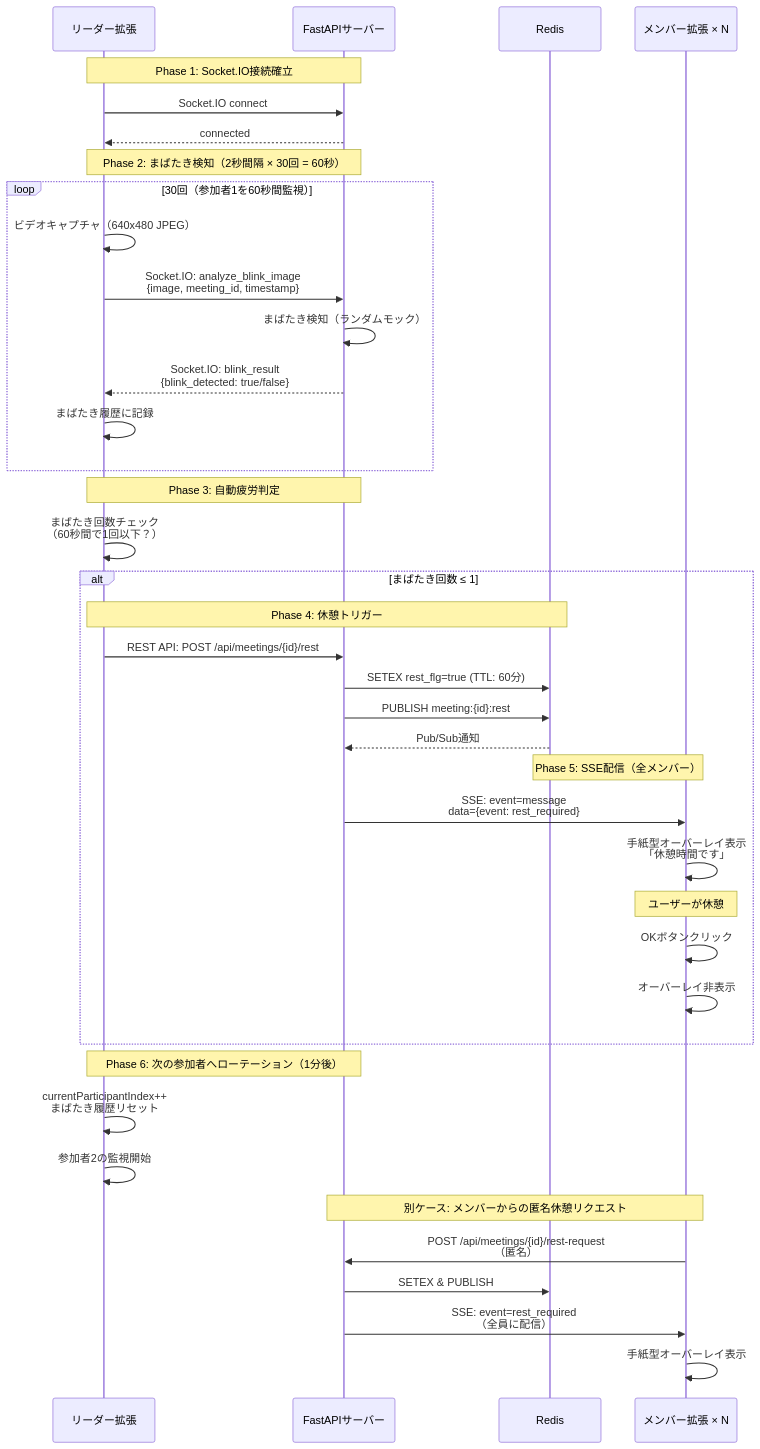
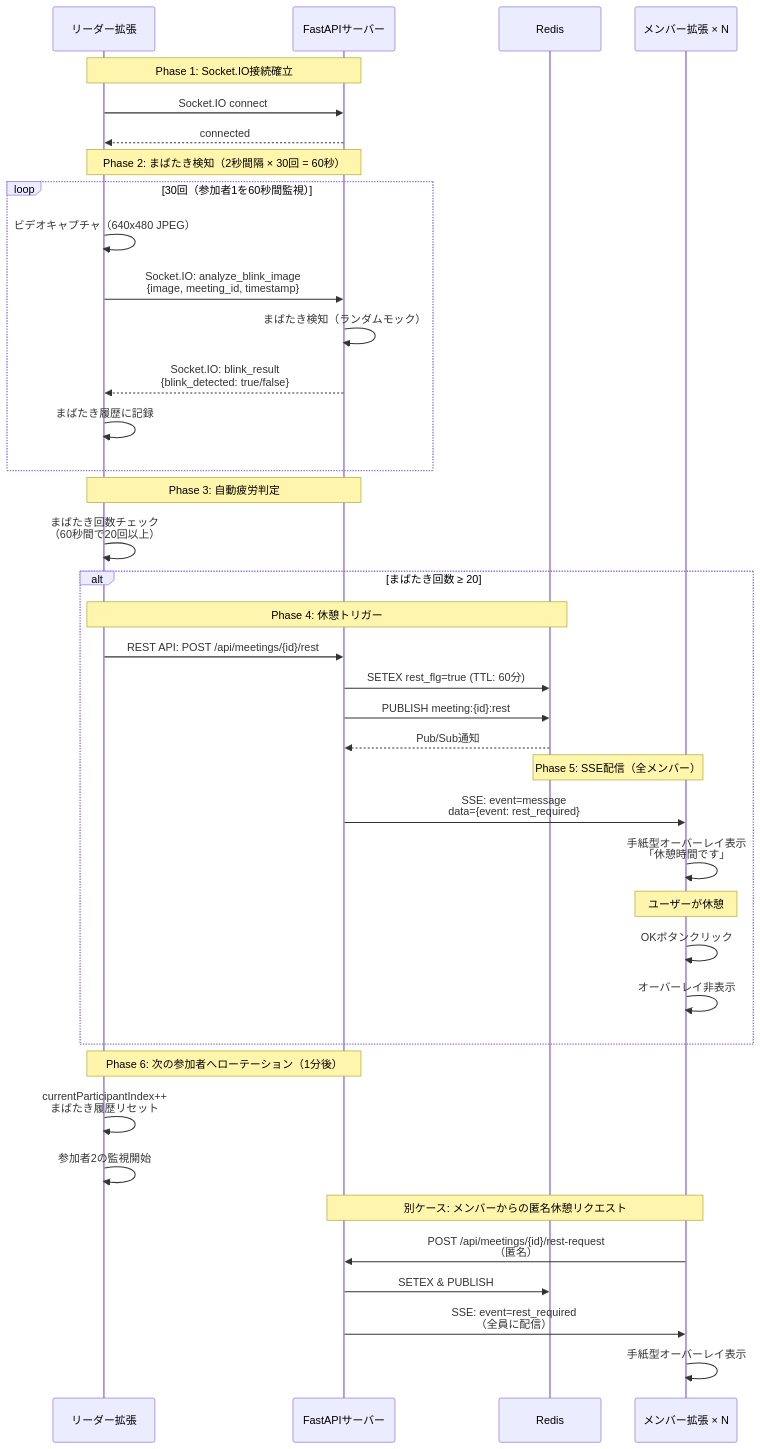
The first of 2 diagrams in README.md (jphacks/os_2521), drawn with Mermaid before and after one commit. The commit also changed other lines of this file and 12 other files, not shown here.

````diff
--- a/README.md
+++ b/README.md
@@ -54,49 +54,49 @@
 ```mermaid
 sequenceDiagram
     participant L as リーダー拡張
     participant S as FastAPIサーバー
     participant R as Redis
     participant M as メンバー拡張 × N
 
     Note over L,S: Phase 1: Socket.IO接続確立
     L->>S: Socket.IO connect
     S-->>L: connected
 
     Note over L,S: Phase 2: まばたき検知（2秒間隔 × 30回 = 60秒）
     loop 30回（参加者1を60秒間監視）
         L->>L: ビデオキャプチャ（640x480 JPEG）
         L->>S: Socket.IO: analyze_blink_image<br/>{image, meeting_id, timestamp}
         S->>S: まばたき検知（ランダムモック）
         S-->>L: Socket.IO: blink_result<br/>{blink_detected: true/false}
         L->>L: まばたき履歴に記録
     end
 
     Note over L,S: Phase 3: 自動疲労判定
-    L->>L: まばたき回数チェック<br/>（60秒間で1回以下？）
+    L->>L: まばたき回数チェック<br/>（60秒間で20回以上）
 
-    alt まばたき回数 ≤ 1
+    alt まばたき回数 ≥ 20
         Note over L,R: Phase 4: 休憩トリガー
         L->>S: REST API: POST /api/meetings/{id}/rest
         S->>R: SETEX rest_flg=true (TTL: 60分)
         S->>R: PUBLISH meeting:{id}:rest
         R-->>S: Pub/Sub通知
 
         Note over R,M: Phase 5: SSE配信（全メンバー）
         S->>M: SSE: event=message<br/>data={event: rest_required}
         M->>M: 手紙型オーバーレイ表示<br/>「休憩時間です」
 
         Note over M: ユーザーが休憩
         M->>M: OKボタンクリック
         M->>M: オーバーレイ非表示
     end
 
     Note over L,S: Phase 6: 次の参加者へローテーション（1分後）
     L->>L: currentParticipantIndex++<br/>まばたき履歴リセット
     L->>L: 参加者2の監視開始
 
     Note over M,S: 別ケース: メンバーからの匿名休憩リクエスト
     M->>S: POST /api/meetings/{id}/rest-request<br/>（匿名）
     S->>R: SETEX & PUBLISH
     S->>M: SSE: event=rest_required<br/>（全員に配信）
     M->>M: 手紙型オーバーレイ表示
 ```
````
